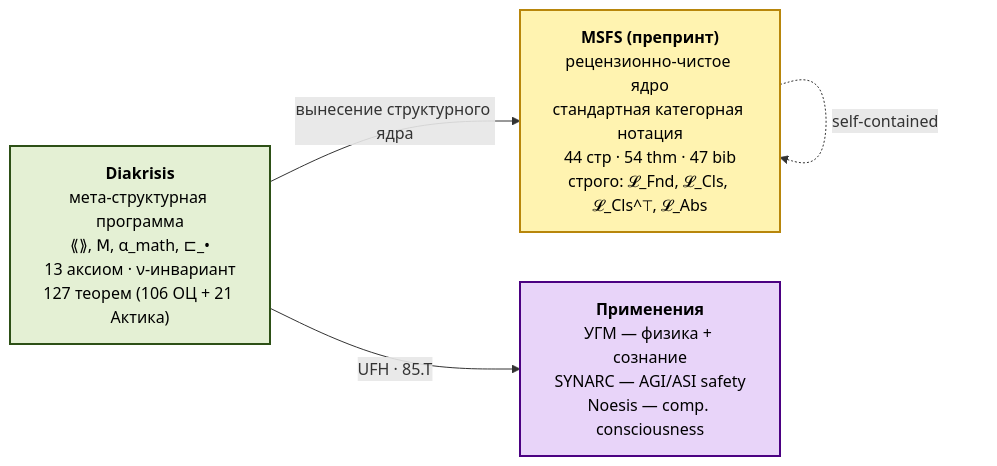
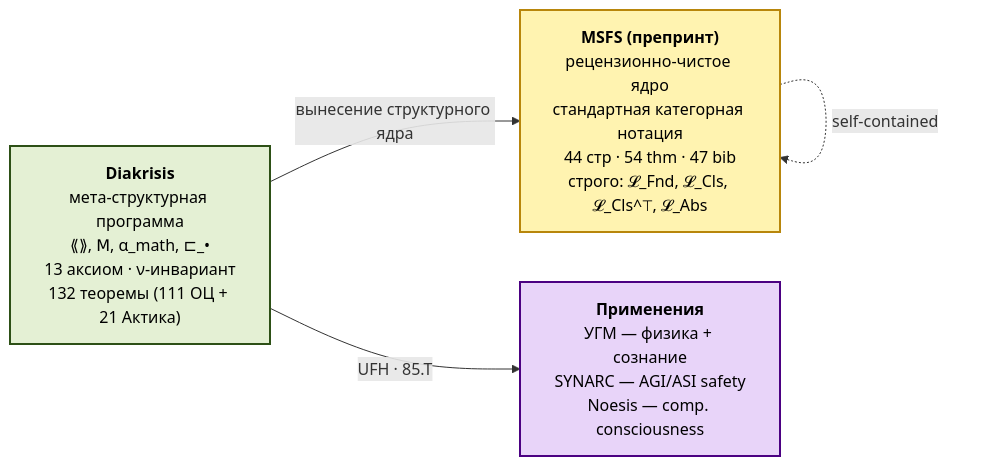
One commit to gst-st/diakrisis changed the fifth of 7 diagrams in docs/intro.md. Above: the diagram before and after it, drawn with Mermaid. The commit also changed 3 other files, not shown here.

First line of the commit message:
diakrisis: Phase B1 — аудит 13 аксиом + интеграция T-2f**

````diff
--- a/docs/intro.md
+++ b/docs/intro.md
@@ -194,14 +194,14 @@
 ```mermaid
 flowchart LR
     classDef d fill:#e4f0d4,stroke:#2d5016,stroke-width:2px,color:#000
     classDef m fill:#fff3b0,stroke:#b8860b,stroke-width:2px,color:#000
     classDef a fill:#e8d4f9,stroke:#4b0082,stroke-width:2px,color:#000
 
-    DK["<b>Diakrisis</b><br/>мета-структурная программа<br/>⟪⟫, 𝖬, α_math, ⊏_•<br/>13 аксиом · ν-инвариант<br/>127 теорем (106 ОЦ + 21 Актика)"]:::d
+    DK["<b>Diakrisis</b><br/>мета-структурная программа<br/>⟪⟫, 𝖬, α_math, ⊏_•<br/>13 аксиом · ν-инвариант<br/>132 теоремы (111 ОЦ + 21 Актика)"]:::d
     MS["<b>MSFS (препринт)</b><br/>рецензионно-чистое ядро<br/>стандартная категорная нотация<br/>44 стр · 54 thm · 47 bib<br/>строго: 𝓛_Fnd, 𝓛_Cls, 𝓛_Cls^⊤, 𝓛_Abs"]:::m
     APP["<b>Применения</b><br/>УГМ — физика + сознание<br/>SYNARC — AGI/ASI safety<br/>Noesis — comp. consciousness"]:::a
 
     DK -->|"вынесение структурного ядра"| MS
     DK -->|"UFH · 85.T"| APP
     MS -.->|"self-contained"| MS
 ```
````
